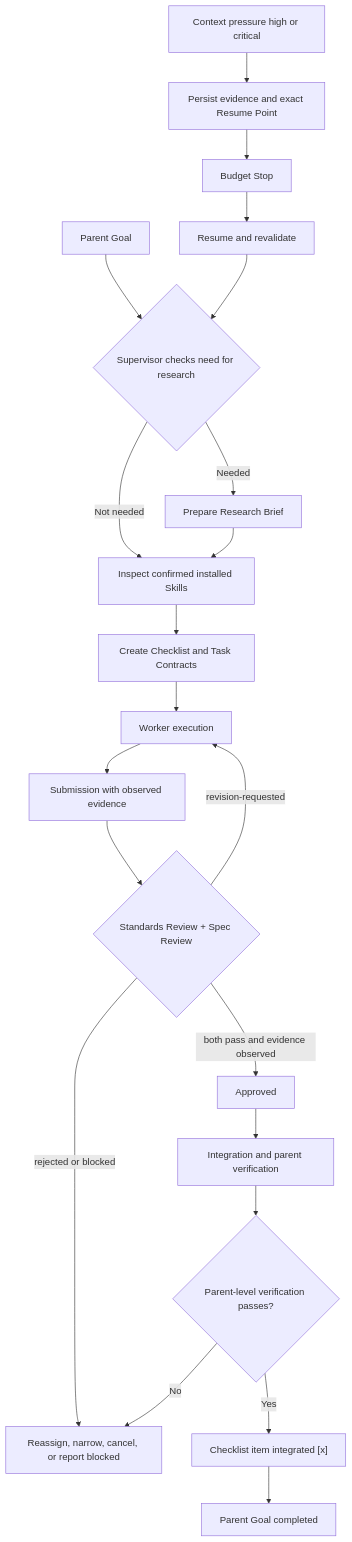
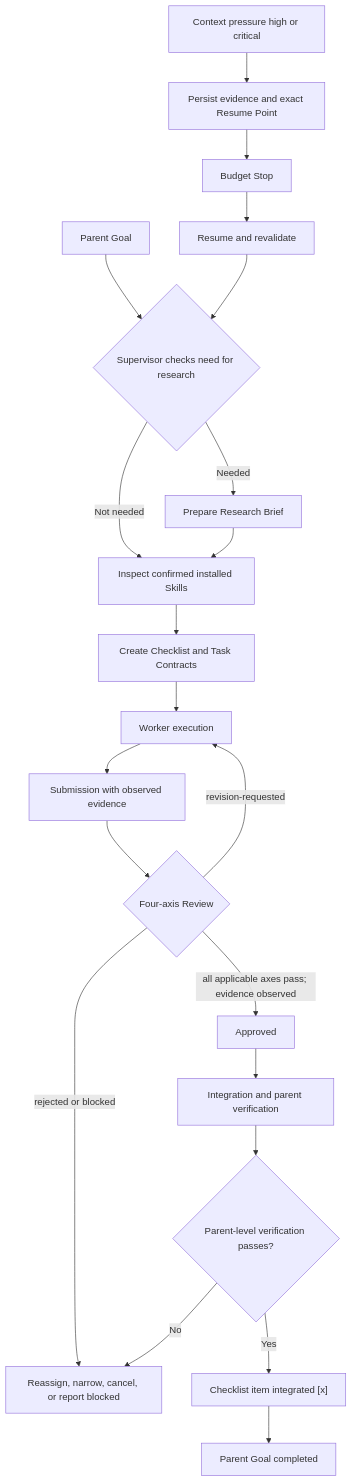
The diagram in docs/multi-agent-coordination.md (tutict/LoopPilot), drawn with Mermaid before and after one commit. The commit also changed other lines of this file and 77 other files, not shown here.

Commit message:
feat: formalize four-axis review and evaluation protocol

````diff
--- a/docs/multi-agent-coordination.md
+++ b/docs/multi-agent-coordination.md
@@ -186,23 +190,23 @@
 ```mermaid
 flowchart TD
     P["Parent Goal"] --> R{"Supervisor checks need for research"}
     R -- "Needed" --> B["Prepare Research Brief"]
     R -- "Not needed" --> K["Inspect confirmed installed Skills"]
     B --> K
     K --> C["Create Checklist and Task Contracts"]
     C --> W["Worker execution"]
     W --> U["Submission with observed evidence"]
-    U --> Q{"Standards Review + Spec Review"}
-    Q -- "both pass and evidence observed" --> A["Approved"]
+    U --> Q{"Four-axis Review"}
+    Q -- "all applicable axes pass; evidence observed" --> A["Approved"]
     Q -- "revision-requested" --> W
     Q -- "rejected or blocked" --> X["Reassign, narrow, cancel, or report blocked"]
     A --> I["Integration and parent verification"]
     I --> V{"Parent-level verification passes?"}
     V -- "Yes" --> E["Checklist item integrated [x]"]
     E --> O["Parent Goal completed"]
     V -- "No" --> X
     H["Context pressure high or critical"] --> PS["Persist evidence and exact Resume Point"]
     PS --> BS["Budget Stop"]
     BS --> RR["Resume and revalidate"]
     RR --> R
 ```
````
